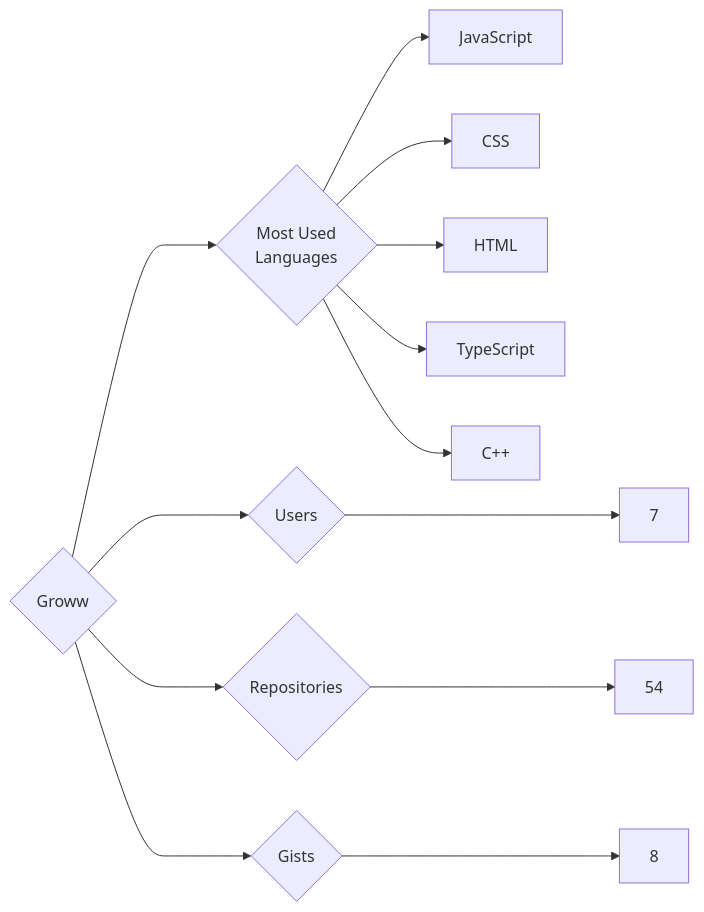
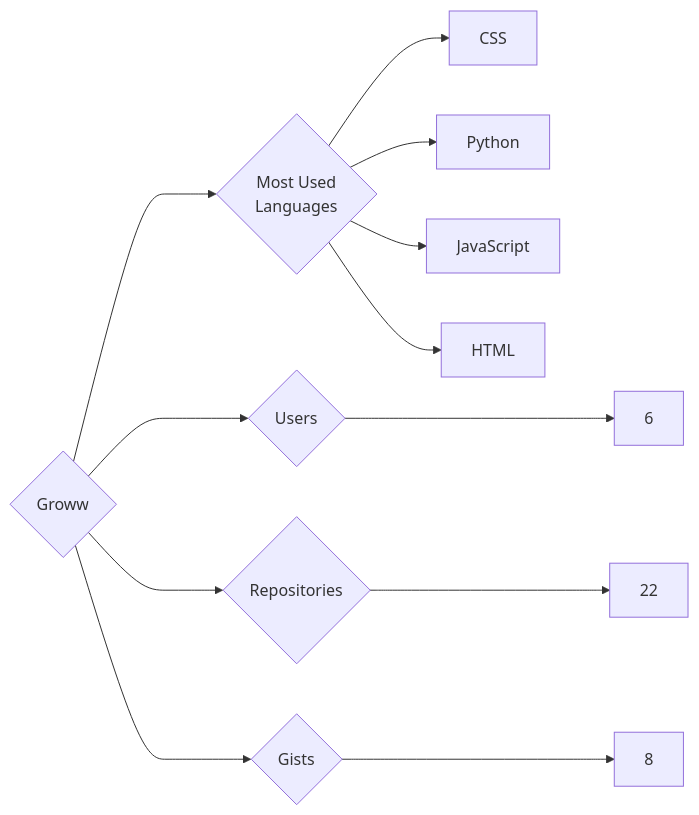
The diagram in targets/Groww/README.md (trickest/insiders), drawn with Mermaid before and after one commit. The commit also changed 1149 other files, not shown here.

````diff
--- a/targets/Groww/README.md
+++ b/targets/Groww/README.md
@@ -3,13 +3,12 @@
 ```mermaid
 graph LR
 COMPANY_NAME{Groww}
-COMPANY_NAME ---> U{Users} ---> UN[7]
-COMPANY_NAME ---> R{Repositories} ---> RN[54]
+COMPANY_NAME ---> U{Users} ---> UN[6]
+COMPANY_NAME ---> R{Repositories} ---> RN[22]
 COMPANY_NAME ---> G{Gists} ---> GN[8]
 COMPANY_NAME ---> ML{Most Used<br>Languages}
+ML --> CSS[CSS]
+ML --> Python[Python]
 ML --> JavaScript[JavaScript]
-ML --> CSS[CSS]
 ML --> HTML[HTML]
-ML --> TypeScript[TypeScript]
-ML --> C++[C++]
 ```
````
